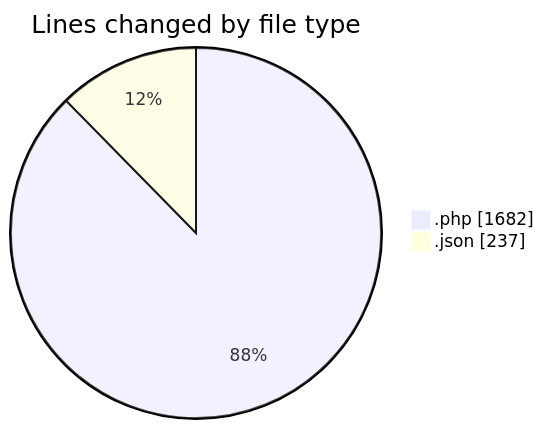
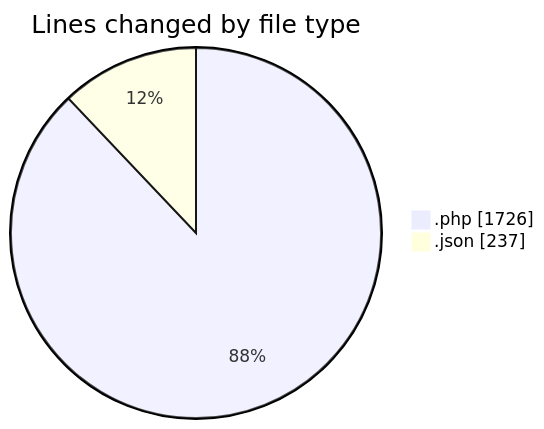
Before and after one commit to idhammustaqopulfikri/code-tracking: the first of 2 diagrams in 2025-05-28/studio-backend/README.md, drawn with Mermaid. The commit also changed other lines of this file and 1 other file, not shown here.

````diff
--- a/2025-05-28/studio-backend/README.md
+++ b/2025-05-28/studio-backend/README.md
@@ -45,6 +45,6 @@
 ```mermaid
 pie showData
 title Lines changed by file type
-".php" : 1682
+".php" : 1726
 ".json" : 237
 ```
````
